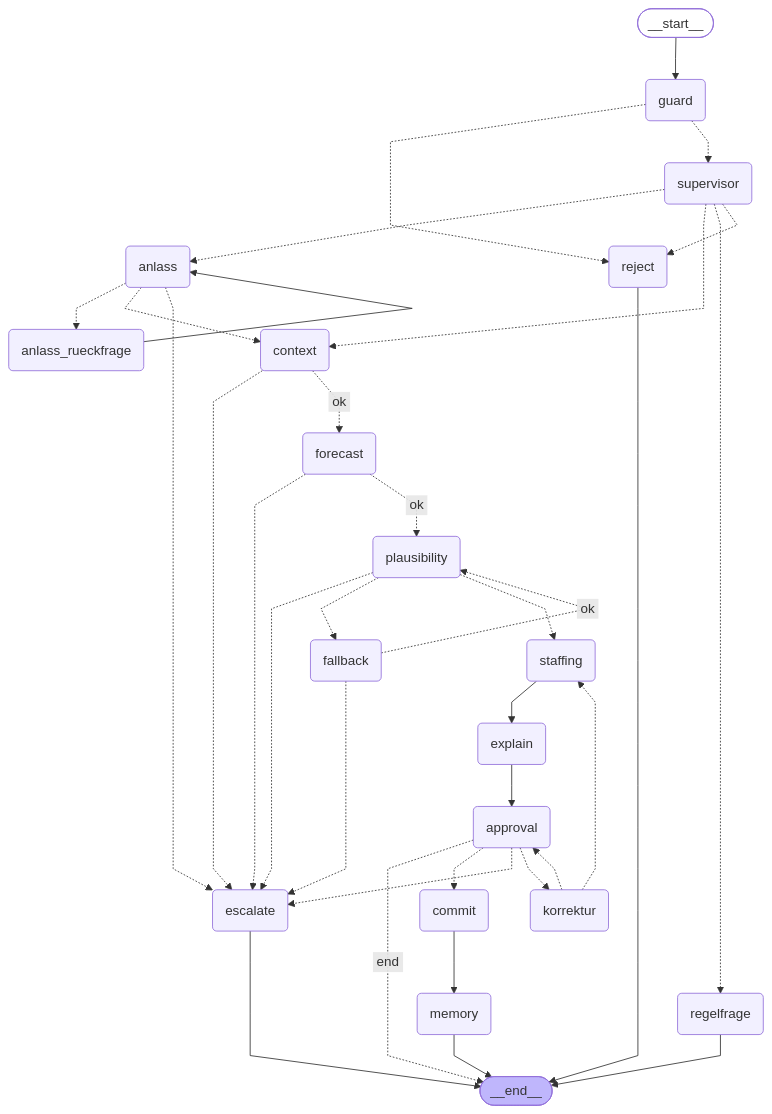
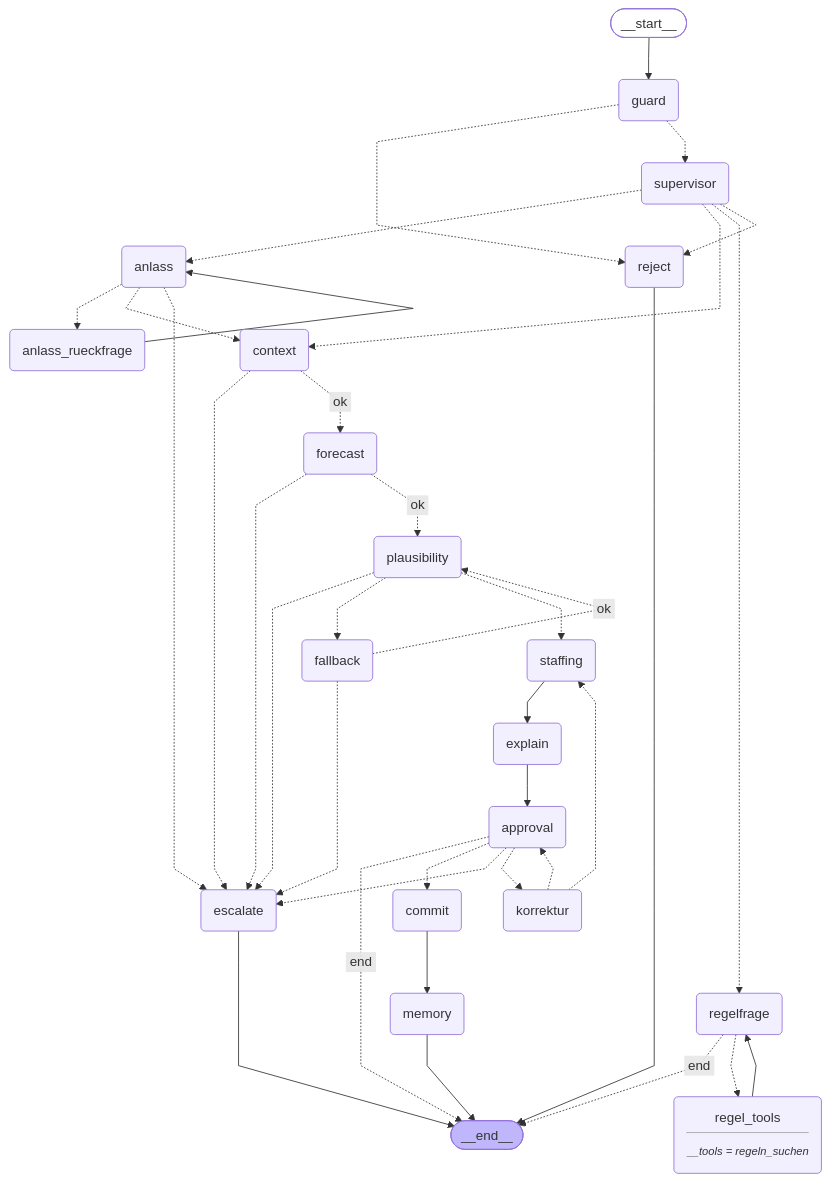
One commit to GenAI-BAI-2026HS/gastroplanner changed the diagram in docs/graph.mmd. Above: the diagram before and after it, drawn with Mermaid. The commit also changed 13 other files, not shown here.

```diff
--- a/docs/graph.mmd
+++ b/docs/graph.mmd
@@ -1,61 +1,64 @@
 ---
 config:
   flowchart:
     curve: linear
 ---
 graph TD;
 	__start__([<p>__start__</p>]):::first
 	guard(guard)
 	reject(reject)
 	supervisor(supervisor)
 	regelfrage(regelfrage)
+	regel_tools(regel_tools<hr/><small><em>__tools = regeln_suchen</em></small>)
 	anlass(anlass)
 	anlass_rueckfrage(anlass_rueckfrage)
 	context(context)
 	forecast(forecast)
 	plausibility(plausibility)
 	fallback(fallback)
 	staffing(staffing)
 	explain(explain)
 	approval(approval)
 	korrektur(korrektur)
 	commit(commit)
 	memory(memory)
 	escalate(escalate)
 	__end__([<p>__end__</p>]):::last
 	__start__ --> guard;
 	anlass -.-> anlass_rueckfrage;
 	anlass -.-> context;
 	anlass -.-> escalate;
 	anlass_rueckfrage --> anlass;
 	approval -. &nbsp;end&nbsp; .-> __end__;
 	approval -.-> commit;
 	approval -.-> escalate;
 	approval -.-> korrektur;
 	commit --> memory;
 	context -.-> escalate;
 	context -. &nbsp;ok&nbsp; .-> forecast;
 	explain --> approval;
 	fallback -.-> escalate;
 	fallback -. &nbsp;ok&nbsp; .-> plausibility;
 	forecast -.-> escalate;
 	forecast -. &nbsp;ok&nbsp; .-> plausibility;
 	guard -.-> reject;
 	guard -.-> supervisor;
 	korrektur -.-> approval;
 	korrektur -.-> staffing;
 	plausibility -.-> escalate;
 	plausibility -.-> fallback;
 	plausibility -.-> staffing;
+	regel_tools --> regelfrage;
+	regelfrage -. &nbsp;end&nbsp; .-> __end__;
+	regelfrage -.-> regel_tools;
 	staffing --> explain;
 	supervisor -.-> anlass;
 	supervisor -.-> context;
 	supervisor -.-> regelfrage;
 	supervisor -.-> reject;
 	escalate --> __end__;
 	memory --> __end__;
-	regelfrage --> __end__;
 	reject --> __end__;
 	classDef default fill:#f2f0ff,line-height:1.2
 	classDef first fill-opacity:0
 	classDef last fill:#bfb6fc
```
